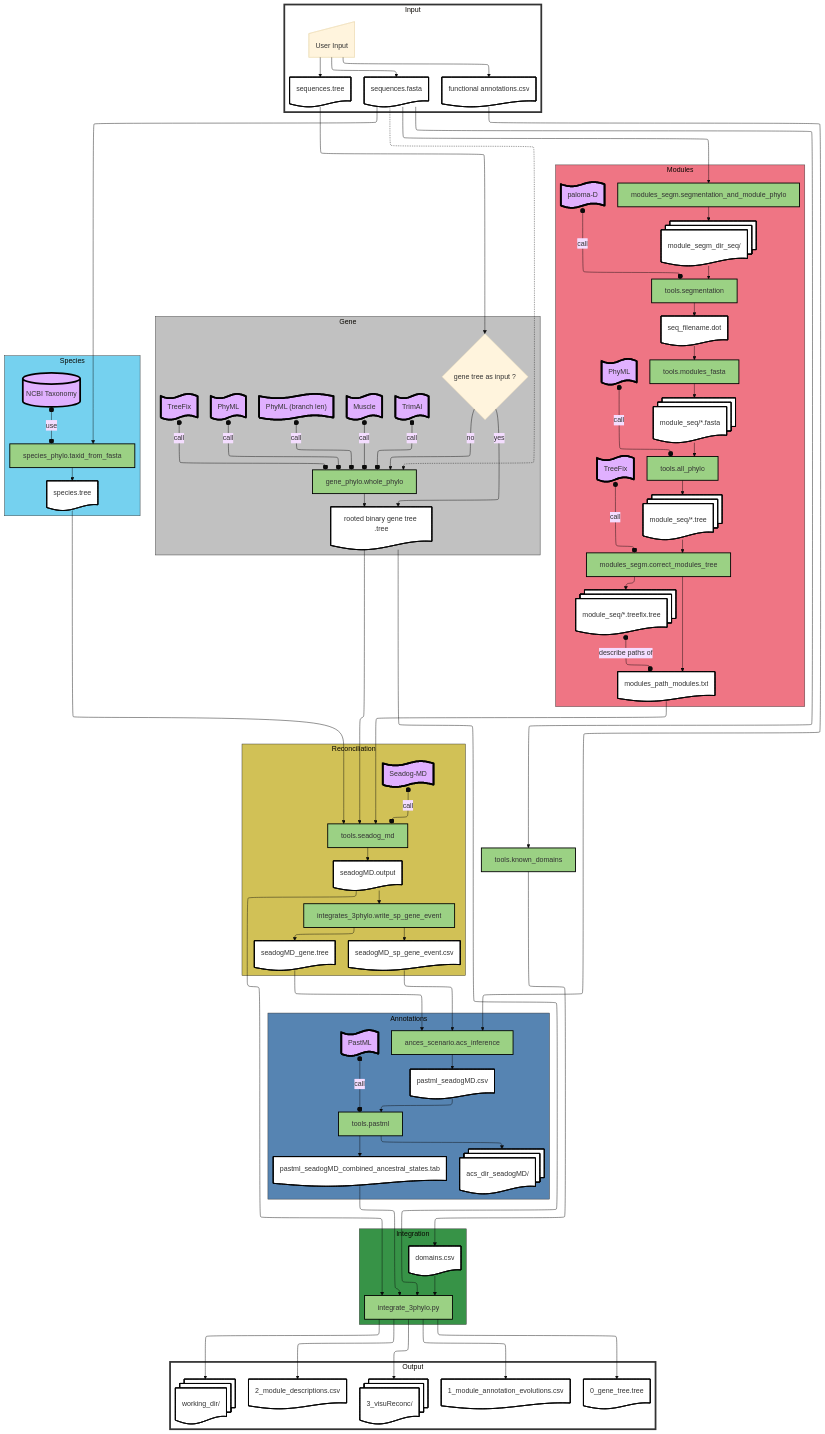
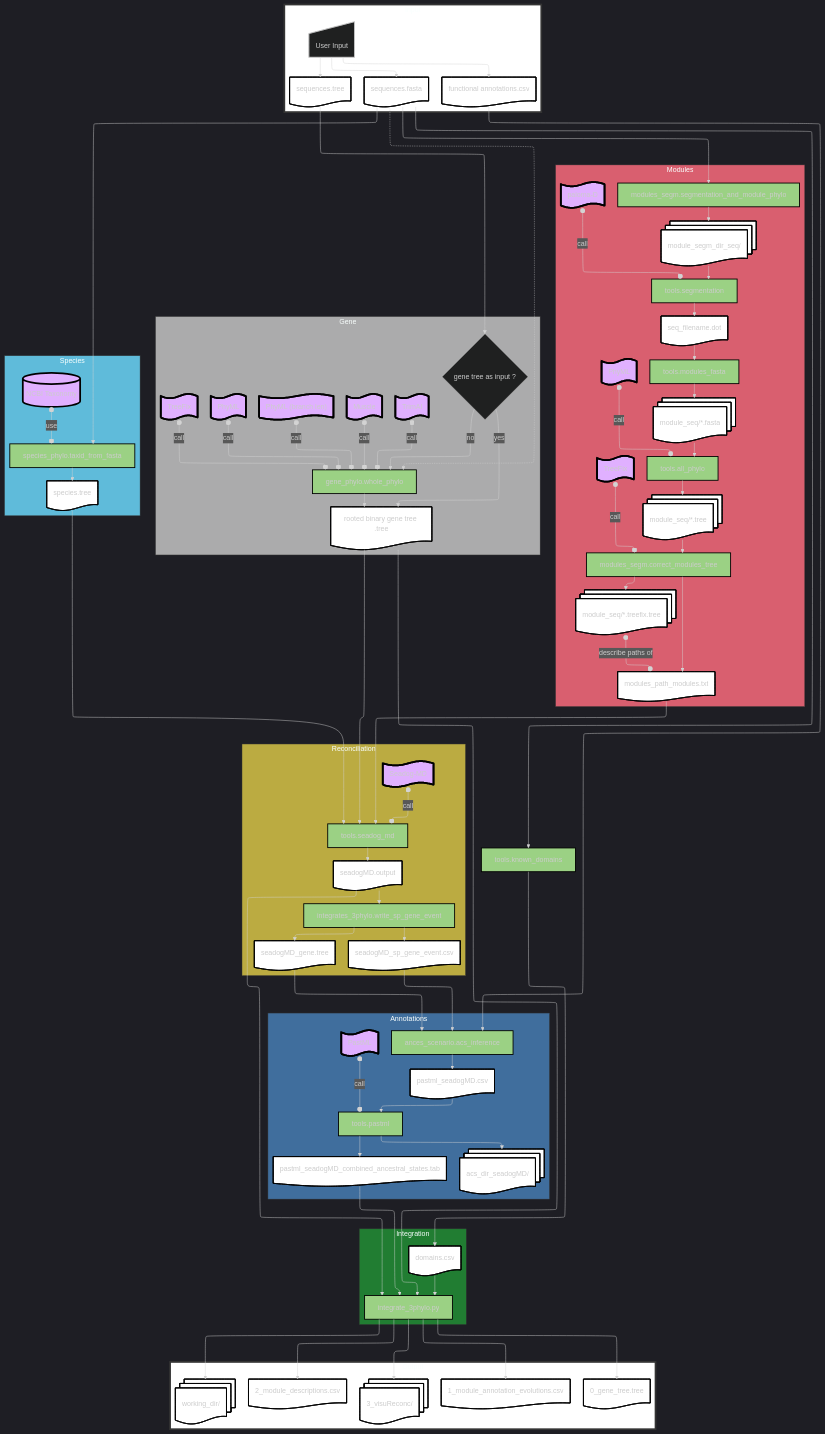
Before and after one commit to OcMalde/fuse-phylotree: the diagram in README.md, drawn with Mermaid.

Commit message:
readme mermaid test

```diff
--- a/README.md
+++ b/README.md
@@ -20,11 +20,11 @@
 ---
 config:
   layout: elk
+  look: classic
+  theme: dark
+  fontSize: 500
   elk:
     nodePlacementStrategy: SIMPLE
-  look: classic
-  theme: base
-  fontSize: 50
 ---
 flowchart TB
 
```
